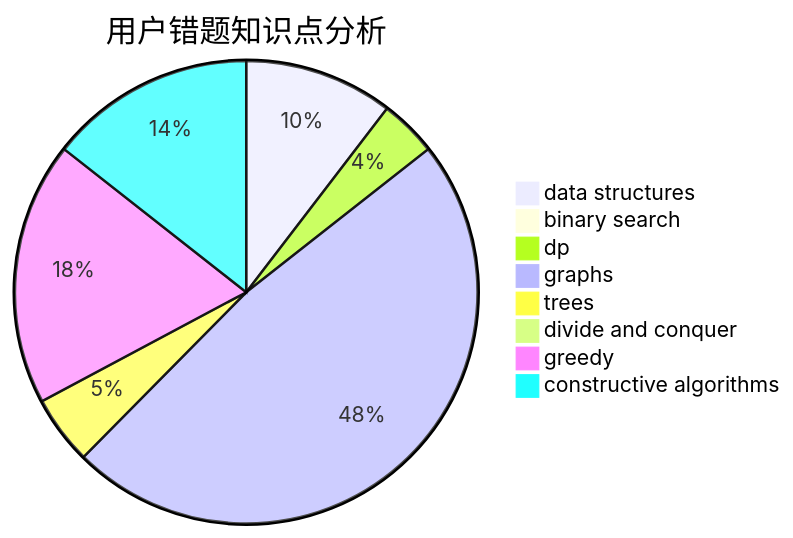
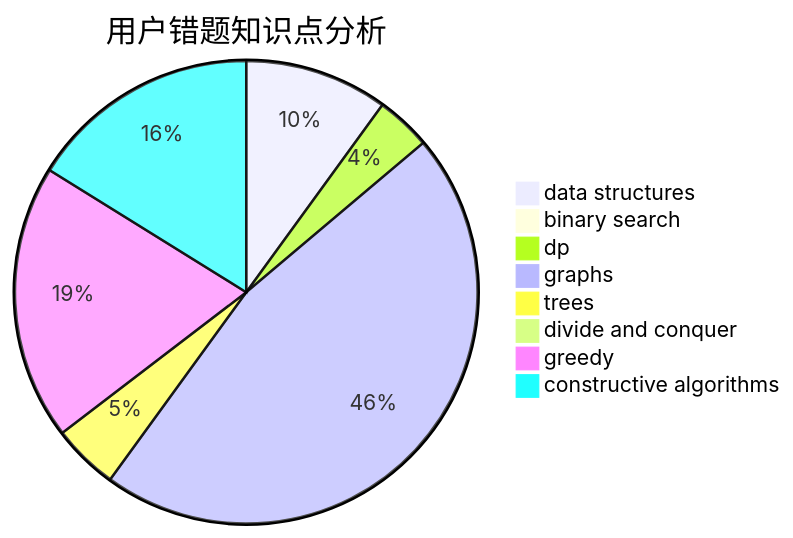
Before and after one commit to sherpahu/cfrs.github.io: the third of 3 diagrams in docs/user/u635.md, drawn with Mermaid. The commit also changed other lines of this file and 2770 other files, not shown here.

````diff
--- a/docs/user/u635.md
+++ b/docs/user/u635.md
@@ -36,11 +36,11 @@
 ```mermaid
 pie title 用户错题知识点分析
     "data structures" :  13
     "binary search" :  0
     "dp" :  5
     "graphs" :  60
     "trees" :  6
     "divide and conquer" :  0
-    "greedy" :  23
-    "constructive algorithms" :  18
+    "greedy" :  25
+    "constructive algorithms" :  21
 ```
````
